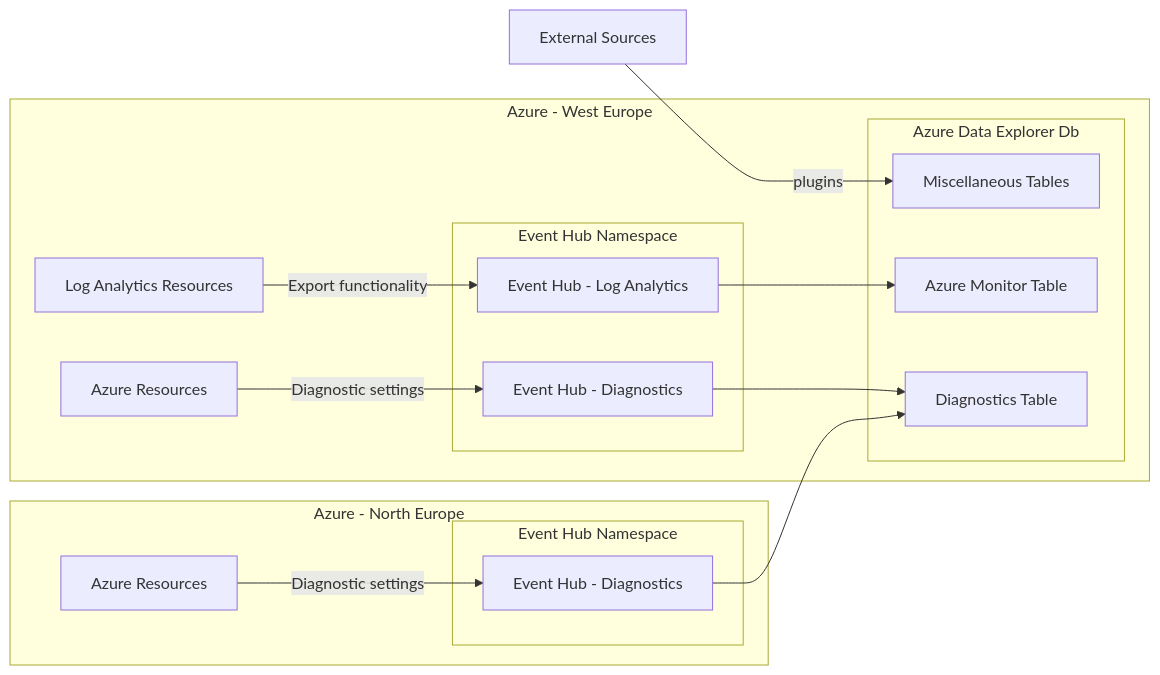
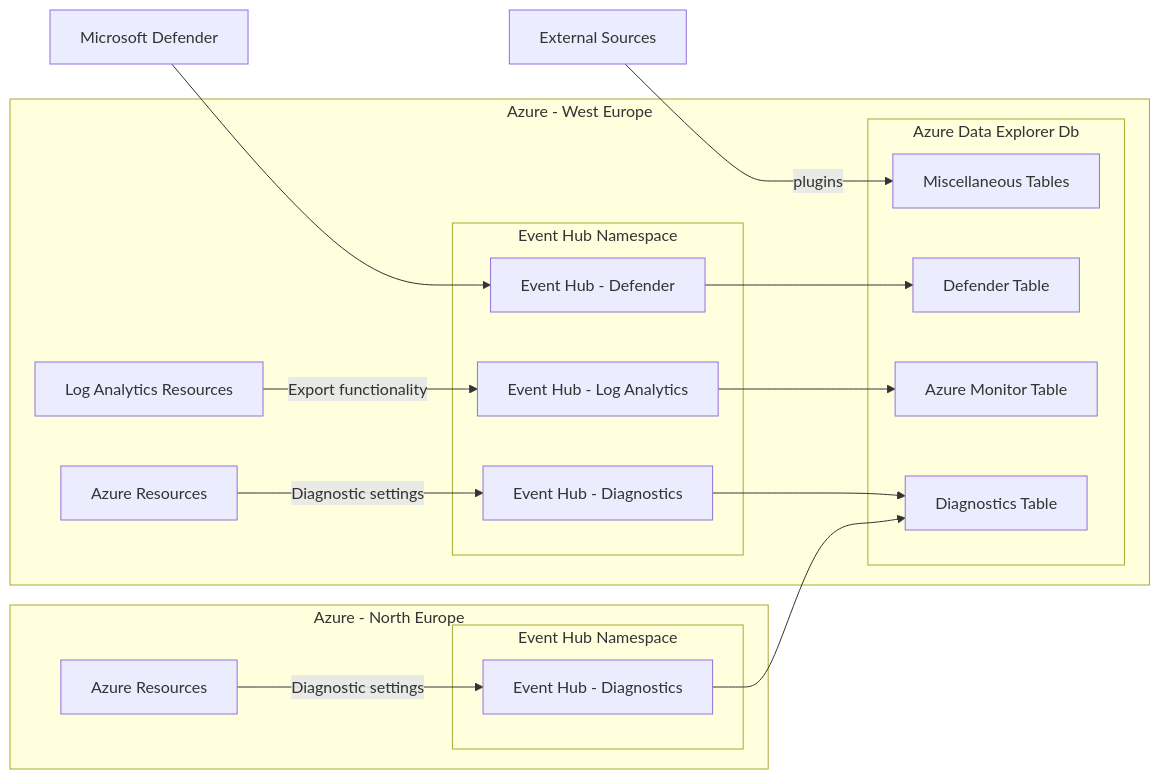
One commit to erwinkramer/kusto-event-hub-law changed the first of 2 diagrams in README.md. Above: the diagram before and after it, drawn with Mermaid. The commit also changed other lines of this file, not shown here.

Commit message:
defender setup

````diff
--- a/README.md
+++ b/README.md
@@ -27,37 +27,42 @@
 ```mermaid
 flowchart LR
 
 ext[External Sources]
 ext -- plugins --> misctable
+
+msdef[Microsoft Defender]
+msdef --> evhdeweu --> defetable
 
 subgraph Azure - West Europe
     reslaweu[Log Analytics Resources]
     resweu[Azure Resources]
 
     subgraph Event Hub Namespace
         evhlaweu[Event Hub - Log Analytics]
         evhdiweu[Event Hub - Diagnostics]
+        evhdeweu[Event Hub - Defender]
     end
 
     
     subgraph Azure Data Explorer Db
         lawtable[Azure Monitor Table]
         diagtable[Diagnostics Table]
+        defetable[Defender Table]
         misctable[Miscellaneous Tables]
     end
 
     reslaweu--Export functionality-->evhlaweu-->lawtable
 
     resweu--Diagnostic settings-->evhdiweu-->diagtable
 end
     
 subgraph Azure - North Europe
     resneu[Azure Resources]
 
     subgraph Event Hub Namespace
         evhdineu[Event Hub - Diagnostics]
     end
 
     resneu--Diagnostic settings-->evhdineu-->diagtable
 end
 ```
````
